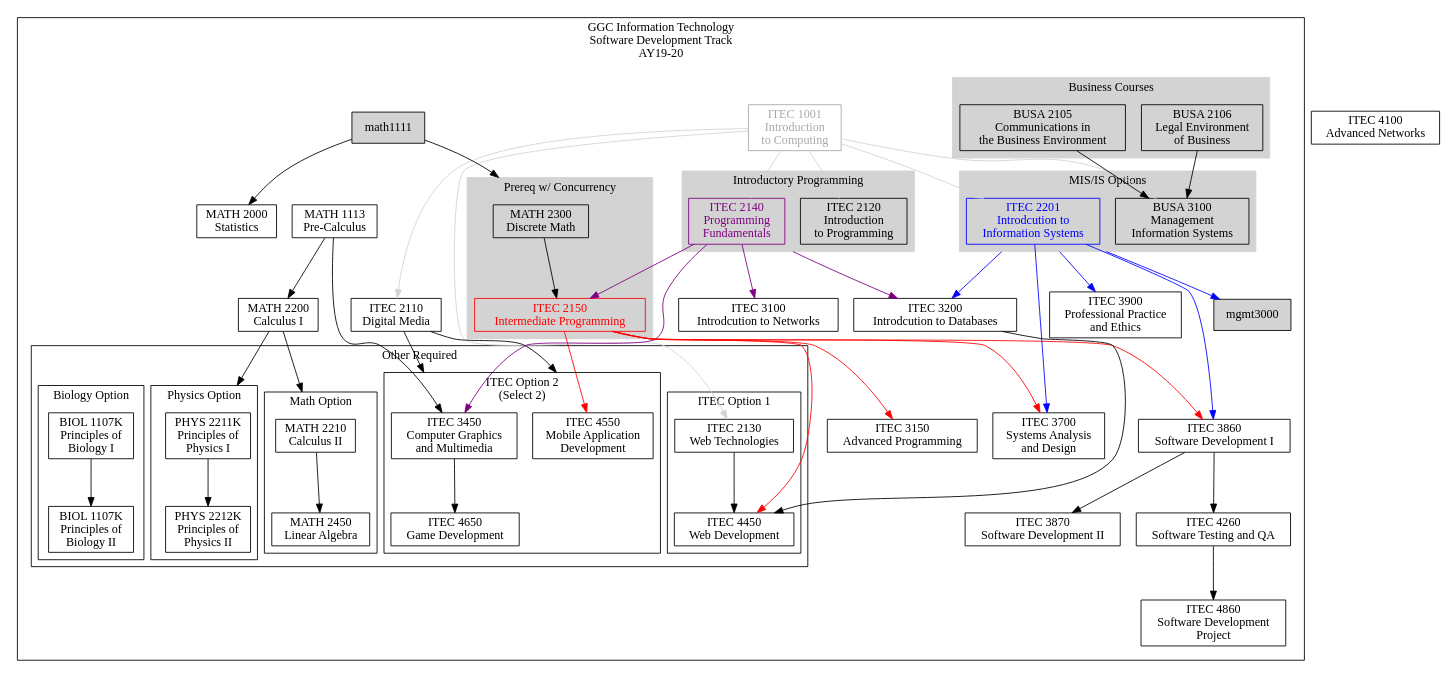
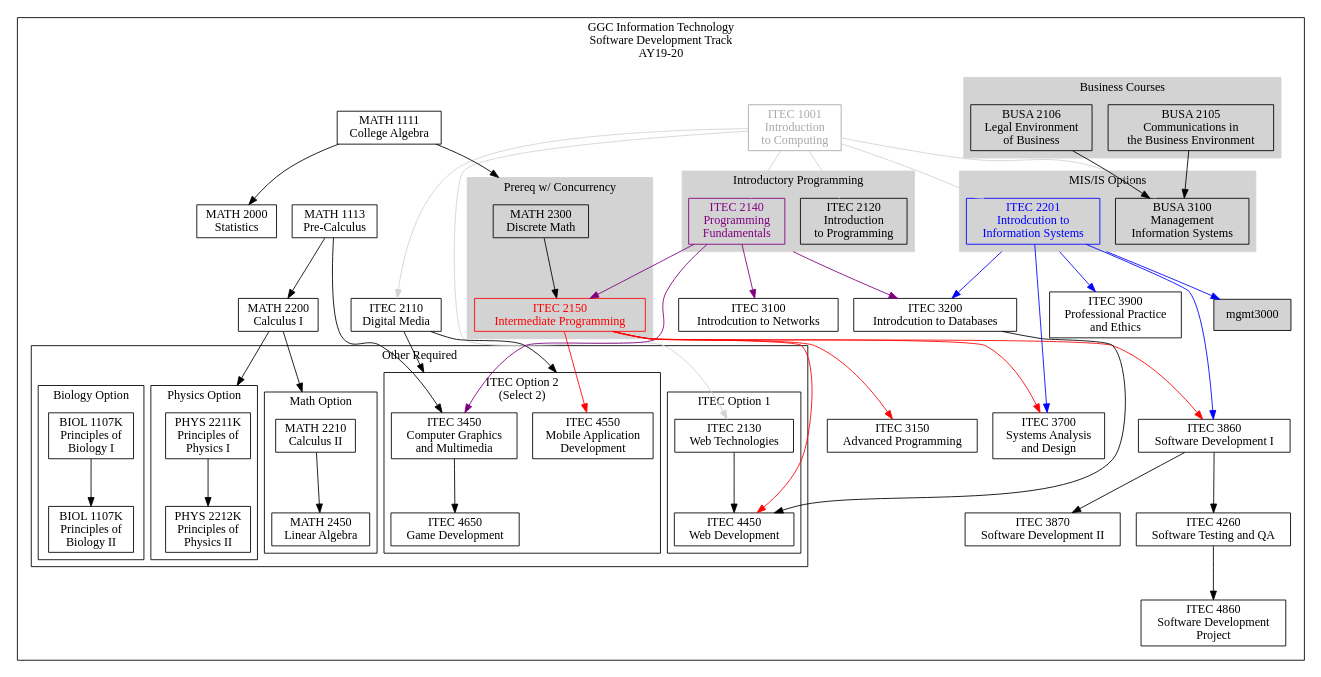
The diagram in AY19-20/SoftwareDevelopment.dot (rjlutz/itec-plans), drawn with Graphviz before and after one commit. The commit also changed 9 other files, not shown here.

```diff
--- a/AY19-20/SoftwareDevelopment.dot
+++ b/AY19-20/SoftwareDevelopment.dot
@@ -15,7 +15,6 @@
     itec2201[label = "ITEC 2201\nIntrodcution to\nInformation Systems" color=blue fontcolor=blue]
     itec3100[label = "ITEC 3100\nIntrodcution to Networks"]
     itec3200[label = "ITEC 3200\nIntrodcution to Databases"]
-    itec3450[label = "ITEC 3450\nComputer Graphics\nand Multimedia"]
     itec3900[label = "ITEC 3900\nProfessional Practice\nand Ethics"]
     busa2105[label = "BUSA 2105\nCommunications in\nthe Business Environment"]
     busa2106[label = "BUSA 2106\nLegal Environment\nof Business"]
@@ -27,92 +26,22 @@
 
     // Software Development 
     itec3150[label = "ITEC 3150\nAdvanced Programming"]
+    itec3450[label = "ITEC 3450\nComputer Graphics\nand Multimedia"]
     itec3700[label = "ITEC 3700\nSystems Analysis\nand Design"]
     itec3860[label = "ITEC 3860\nSoftware Development I"]
     itec3870[label = "ITEC 3870\nSoftware Development II"]
-    itec4100[label = "ITEC 4100\nAdvanced Networks"]
     itec4260[label = "ITEC 4260\nSoftware Testing and QA"]
     itec4860[label = "ITEC 4860\nSoftware Development\nProject"]
     itec4450[label = "ITEC 4450\nWeb Development"]
     itec4550[label = "ITEC 4550\nMobile Application\nDevelopment"]
     itec4650[label = "ITEC 4650\nGame Development"]
+    math1111[label = "MATH 1111\nCollege Algebra"]
     math2210[label = "MATH 2210\nCalculus II"]
     math2450[label = "MATH 2450\nLinear Algebra"]
     phys2211k[label = "PHYS 2211K\nPrinciples of\nPhysics I"]
     phys2212k[label = "PHYS 2212K\nPrinciples of\nPhysics II"]
     biol1107k[label = "BIOL 1107K\nPrinciples of\nBiology I"]
     biol1108k[label = "BIOL 1107K\nPrinciples of\nBiology II"]
-
-    //Systems and Seurity
-    // itec3300[label = "ITEC 3300\nInformation Security"]
-    // itec3600[label = "ITEC 3600\nOperating Systems"]
-    // itec3700[label = "ITEC 3700\nSystems Analysis\nand Design"]
-    // itec4100[label = "ITEC 4100\nAdvanced Networks"]
-    // itec4200[label = "ITEC 4200\nAdvanced Databases"]
-    // itec4320[label = "ITEC 4320\nInternet Security"]
-    // itec4330[label = "ITEC 4330\nSystems Administration"]
-    // itec4450[label = "ITEC 4450\nWeb Development"]
-    // itec4810[label = "ITEC 4810\nIT Project I"]
-    // math2210[label = "MATH 2210\nCalculus II"]
-    // math2450[label = "MATH 2450\nLinear Algebra"]
-    // phys2211k[label = "PHYS 2211K\nPrinciples of\nPhysics I"]
-    // phys2212k[label = "PHYS 2212K\nPrinciples of\nPhysics II"]
-    // biol1107k[label = "BIOL 1107K\nPrinciples of\nBiology I"]
-    // biol1108k[label = "BIOL 1107K\nPrinciples of\nBiology II"]
-
-    // Enterprise Systems
-    // itec3350[label = "ITEC 3350\nDigital Commerce"]
-    // itec3700[label = "ITEC 3700\nSystems Analysis\nand Design"]
-    // itec4150[label = "ITEC 4150\nEnterprise Process Integration"]
-    // itec4200[label = "ITEC 4200\nAdvanced Databases"]
-    // itec4210[label = "ITEC 4210\nInformation Analytics"]
-    // itec4750[label = "ITEC 4750\nEnterprise Architecture Design"]
-    // itec4900[label = "ITEC 4900\nInformation Technology Internship"]
-    // stec4500[label = "STEC 4500\nUndergraduate Research"]
-    // areaF[label = "Area F Completed"]
-    // instructorapproval[label = "Instructor Approval"]
-    // acct2101[label = "ACCT 2101\nIntroduction to Financial Accounting"]
-    // acct2102[label = "ACCT 2102\nIntroduction to Mangerial Accounting"]
-    // mgmt3000[label = "MGMT 3000\nPrinciples of\nManagement"]
-    // mgmt4220[label = "MGMT 4220\nProject Management"]
-
-    // Data Science and Analytics
-    // itec3150[label = "ITEC 3150\nAdvanced Programming"]
-    // itec3700[label = "ITEC 3700\nSystems Analysis\nand Design"]
-    // itec3860[label = "ITEC 3860\nSoftware Development I"]
-    // itec3870[label = "ITEC 3870\nSoftware Development II"]
-    // itec4150[label = "ITEC 4150\nEnterprise Process Integration"]
-    // itec4200[label = "ITEC 4200\nAdvanced Databases"]
-    // itec4210[label = "ITEC 4210\nInformation Analytics"]
-    // itec4220[label = "ITEC 4220\nAdvanced Data Analytics"]
-    // itec4230[label = "ITEC 4230\nData Science & Analytics Capstone Project"]
-    // itec4750[label = "ITEC 4750\nEnterprise Architecture Design"]
-    // itec4700[label = "ITEC 4700\nArtificial Intelligence"]
-    // busb3100[label = "BUSA 3100\nManagement \nInformation Systems"] //  a hack, a copy for DSA 
-    // domain1[label = "Domain Elective 1"]
-    // domain2[label = "Domain Elective 2"]
-    // domain3[label = "Domain Elective 3"]
-    // math1111[label = "MATH 1111\nCollege Algebra"]
-    // math2450[label = "MATH 2450\nLinear Algebra"]
-
-    // Digital Media
-    // itec3450[label = "ITEC 3450\nComputer Graphics\nand Multimedia"]
-    // itec4110[label = "ITEC 4110\nDigital Media Capstone Project"]
-    // itec4130[label = "ITEC 4130\nHuman Computer Interaction"]
-    // itec4450[label = "ITEC 4450\nWeb Development"]
-    // itec4550[label = "ITEC 4550\nMobile Application\nDevelopment"]
-    // itec4650[label = "ITEC 4650\nGame Development"]
-    // areaC[label = "Area C Completed"]
-    // arts2010[label = "ARTS 2010\nDrawing I"]
-    // arts2020[label = "ARTS 2020\nDrawing II"]
-    // math1111[label = "MATH 1111\nCollege Algebra"]
-    // engl1101[label = "ENGL 1101\nEnglish Composition I"]
-    // engl1102[label = "ENGL 1102\nEnglish Composition II"]
-    // engl3880[label = "ENGL 3880\nWriting and Digital Media"]
-    // film1005[label = "FILM 1005\nIntroduction\nto Film"] 
-    // film3010[label = "FILM 3010\nVideo Production I"]
-    // musc3050[label = "MUSC 3050\nMusic Theory I"]
-    // musc3550[label = "MUSC 3550\nMusic Production and Sound Design"]
 
 
     subgraph clustersd {
```
